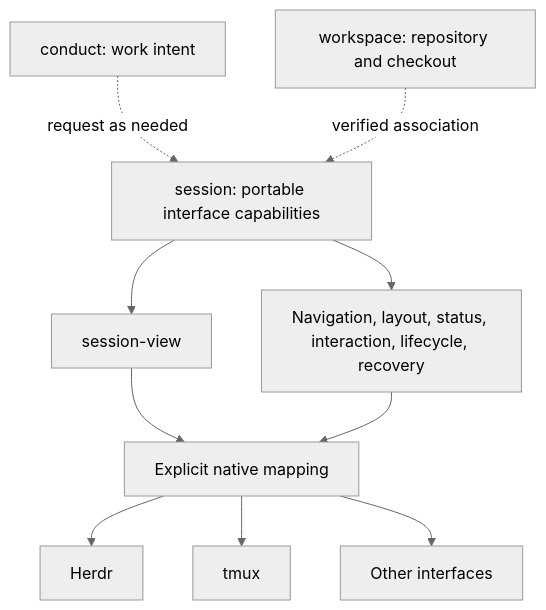
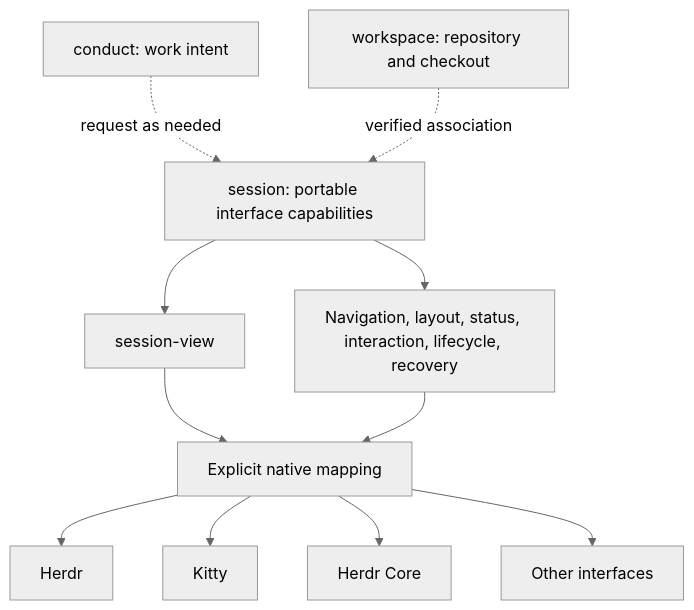
One commit to luckgrid/agents changed the second of 2 diagrams in wiki/architecture/skill-capability-evolution.md. Above: the diagram before and after it, drawn with Mermaid (neutral theme). The commit also changed other lines of this file and 4 other files, not shown here.

Commit message:
docs(agents): prefer Kitty and Herdr Core session capability references

````diff
--- a/wiki/architecture/skill-capability-evolution.md
+++ b/wiki/architecture/skill-capability-evolution.md
@@ -78,18 +78,19 @@
 ```mermaid
 flowchart TD
     C[conduct: work intent]
     W[workspace: repository and checkout]
     S[session: portable interface capabilities]
     V[session-view]
     O[Navigation, layout, status, interaction, lifecycle, recovery]
     M[Explicit native mapping]
     C -. request as needed .-> S
     W -. verified association .-> S
     S --> V
     S --> O
     V --> M
     O --> M
     M --> H[Herdr]
-    M --> T[tmux]
+    M --> K[Kitty]
+    M --> HC[Herdr Core]
     M --> Z[Other interfaces]
 ```
````
